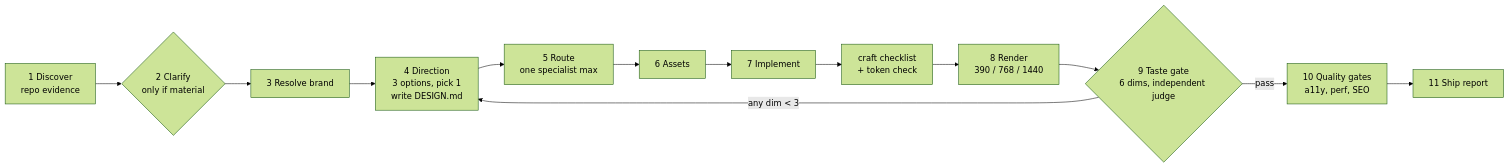
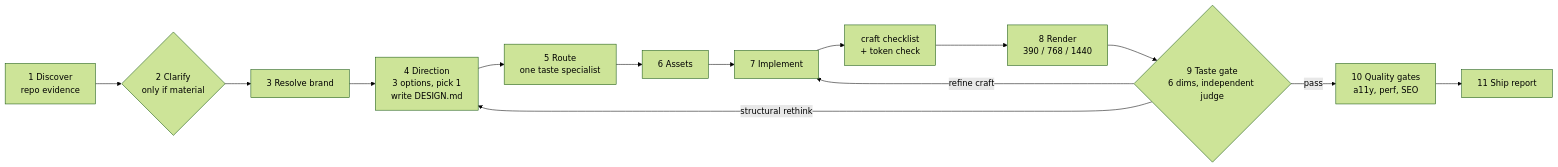
The diagram in README.md (naufalrandi/creative-frontend-director), drawn with Mermaid (forest theme) before and after one commit. The commit also changed other lines of this file and 1 other file, not shown here.

````diff
--- a/README.md
+++ b/README.md
@@ -91,15 +199,16 @@
 ```mermaid
 flowchart LR
     A[1 Discover<br/>repo evidence] --> B{2 Clarify<br/>only if material}
     B --> C[3 Resolve brand]
     C --> D[4 Direction<br/>3 options, pick 1<br/>write DESIGN.md]
-    D --> E[5 Route<br/>one specialist max]
+    D --> E[5 Route<br/>one taste specialist]
     E --> F[6 Assets]
     F --> G[7 Implement]
     G --> G2[craft checklist<br/>+ token check]
     G2 --> H[8 Render<br/>390 / 768 / 1440]
     H --> I{9 Taste gate<br/>6 dims, independent judge}
-    I -- any dim < 3 --> D
+    I -- structural rethink --> D
+    I -- refine craft --> G
     I -- pass --> J[10 Quality gates<br/>a11y, perf, SEO]
     J --> K[11 Ship report]
 ```
````
